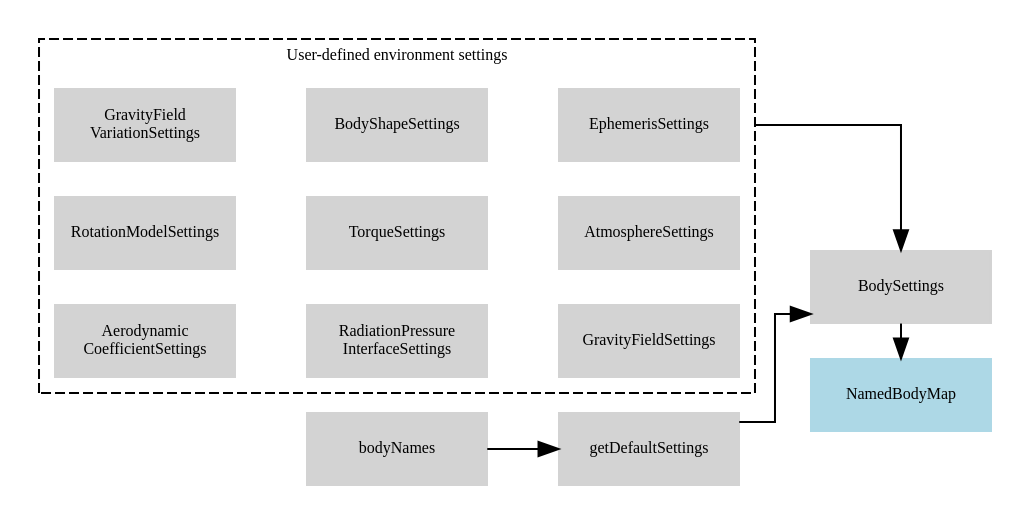
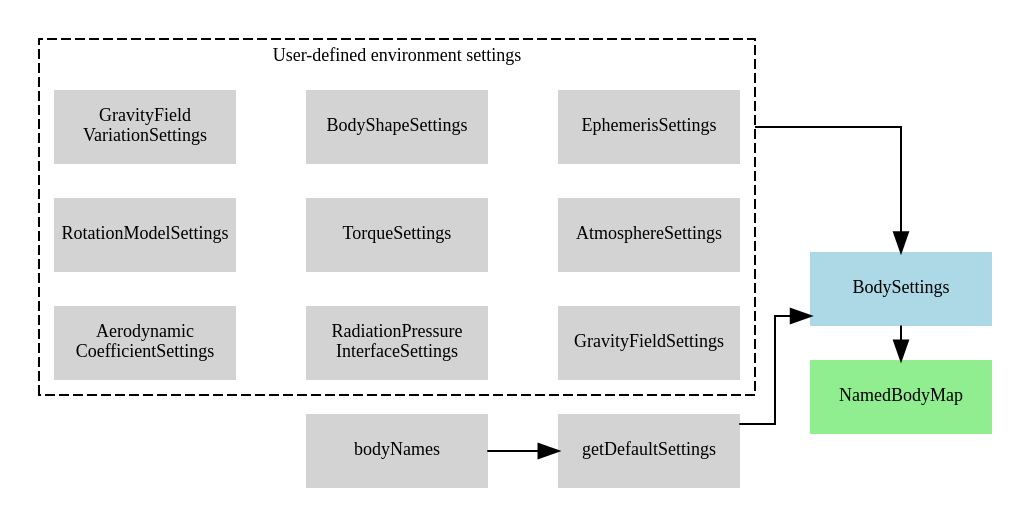
The diagram in tutorials/tudatFeatures/environmentSetup/index.rst (Tudat/tudat), drawn with Graphviz before and after one commit. The commit also changed 2 other files, not shown here.

Commit message:
Added block diagrams

```diff
--- a/tutorials/tudatFeatures/environmentSetup/index.rst
+++ b/tutorials/tudatFeatures/environmentSetup/index.rst
@@ -9,63 +9,64 @@
 .. graphviz::
 
    digraph
    {
       # General diagram settings
       rankdir = "LR";
       splines = ortho;    
-      compound = true;   
+      compound = true;  
 
 
       # general node settings 
-      node [shape = box, style = filled, width = 1.25, fixedsize = true, color = lightgrey, fontname = FontAwesome, fontsize = 8];
+      node [shape = box, style = filled, width = 1.25, fixedsize = true, color = lightgrey, fontname = FontAwesome, fontsize = 9];
 
 
       # specific node color settings
-      NamedBodyMap [color = lightblue];
+      NamedBodyMap [color = lightgreen];
+      BodySettings [color = lightblue];
 
 
       # Hyperlinks (Sphinx auto referencing not working here, need to link to exact web adres)
       "GravityField\nVariationSettings" [href = "http://tudat.tudelft.nl/tutorials/tudatFeatures/environmentSetup/index.html#GravityFieldVariationSettings", target = "_top"];
       "RotationModelSettings" [href = "http://tudat.tudelft.nl/tutorials/tudatFeatures/environmentSetup/index.html#RotationalModelSettings", target = "_top"];
       "Aerodynamic\nCoefficientSettings" [href = "http://tudat.tudelft.nl/tutorials/tudatFeatures/environmentSetup/index.html#AeroDynamicCoefficientSettings", target = "_top"];
       "BodyShapeSettings" [href = "http://tudat.tudelft.nl/tutorials/tudatFeatures/environmentSetup/index.html#BodyShapeSettings", target = "_top"];
       "TorqueSettings" [href = "http://tudat.tudelft.nl/tutorials/tudatFeatures/environmentSetup/index.html#TorqueSettings", target = "_top"];
       "RadiationPressure\nInterfaceSettings" [href = "http://tudat.tudelft.nl/tutorials/tudatFeatures/environmentSetup/index.html#RadiationPressureInterfaceSettings", target = "_top"];
       "AtmosphereSettings" [href = "http://tudat.tudelft.nl/tutorials/tudatFeatures/environmentSetup/index.html#AtmosphereSettings", target = "_top"];
       "GravityFieldSettings" [href = "http://tudat.tudelft.nl/tutorials/tudatFeatures/environmentSetup/index.html#GravityFieldSettings", target = "_top"];
       "EphemerisSettings" [href = "http://tudat.tudelft.nl/tutorials/tudatFeatures/environmentSetup/index.html#EphemerisSettings", target = "_top"];
       BodySettings [href = "http://tudat.tudelft.nl/tutorials/tudatFeatures/environmentSetup/index.html#BodySettings", target = "_top"];
       NamedBodyMap [href = "http://tudat.tudelft.nl/tutorials/tudatFeatures/environmentSetup/index.html#NamedBodyMap", target = "_top"];
 
 
       # NamedBodyMap input
       BodySettings -> NamedBodyMap;
 
 
       # BodySettings input
       EphemerisSettings -> BodySettings [ltail = clusterEnvironmentSettings];
       getDefaultSettings -> BodySettings;
       bodyNames -> getDefaultSettings;
       
       {rank = same; BodySettings, NamedBodyMap};
 
 
       # Cluster all environment settings derived classes
       subgraph clusterEnvironmentSettings
       {
          # cluster settings
          label = "User-defined environment settings";
-         fontsize = 8;
+         fontsize = 9;
          style = dashed;
          rank = min;
 
          # Make three collumns
          {rank = same; AtmosphereSettings, EphemerisSettings, GravityFieldSettings};
          {rank = same; "GravityField\nVariationSettings", RotationModelSettings, "Aerodynamic\nCoefficientSettings"};
          {rank = same; TorqueSettings, BodyShapeSettings, "RadiationPressure\nInterfaceSettings"};
 
          BodyShapeSettings -> EphemerisSettings [style = invis];
          RotationModelSettings -> BodyShapeSettings [style = invis];
       }
      
    }
```
